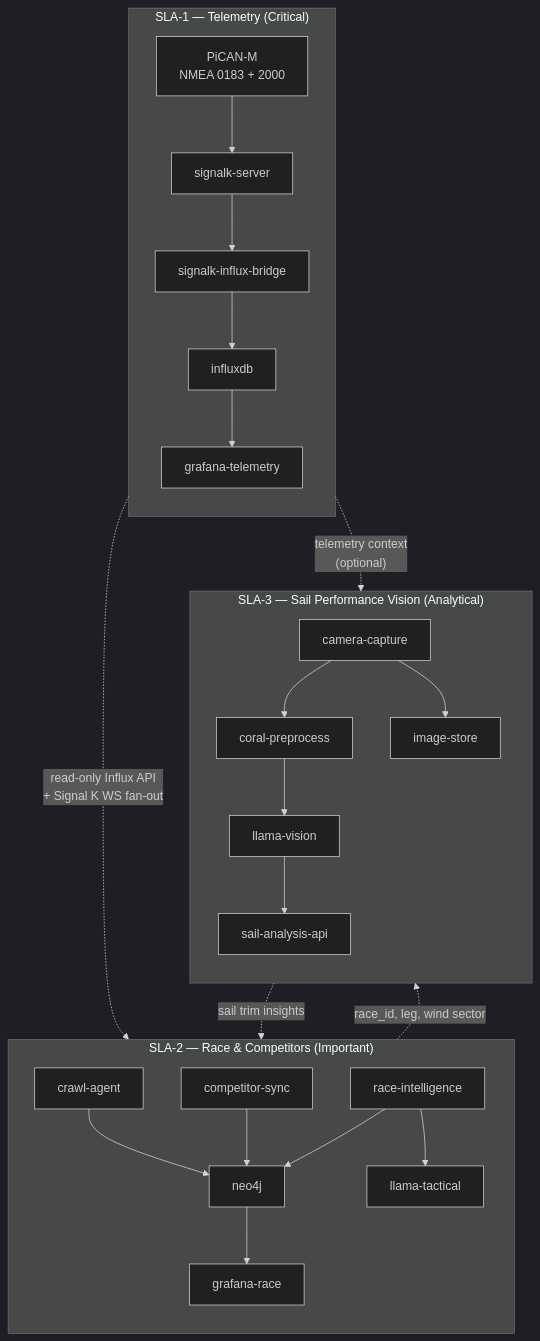
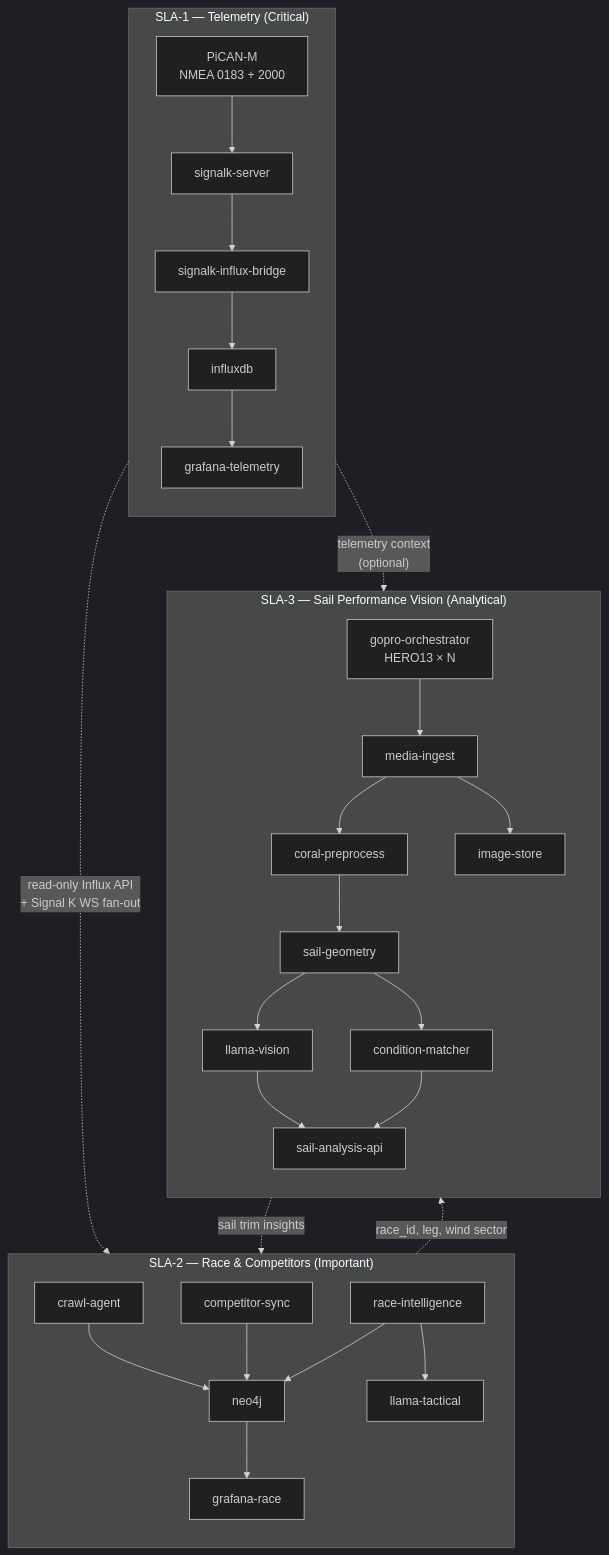
One commit to cognite-fholm/AI-sailing-system changed the first of 12 diagrams in spec.md. Above: the diagram before and after it, drawn with Mermaid (dark theme). The commit also changed other lines of this file and 3 other files, not shown here.

First line of the commit message:
Specify GoPro HERO13 fleet capture and onshore TrimTransformer training.

````diff
--- a/spec.md
+++ b/spec.md
@@ -140,43 +141,47 @@
 ```mermaid
 flowchart TB
     subgraph SLA1["SLA-1 — Telemetry (Critical)"]
         direction TB
         T1_HW["PiCAN-M\nNMEA 0183 + 2000"]
         T1_SK["signalk-server"]
         T1_IFX["influxdb"]
         T1_BR["signalk-influx-bridge"]
         T1_GF["grafana-telemetry"]
         T1_HW --> T1_SK --> T1_BR --> T1_IFX --> T1_GF
     end
 
     subgraph SLA2["SLA-2 — Race & Competitors (Important)"]
         direction TB
         T2_N4J["neo4j"]
         T2_RACE["race-intelligence"]
         T2_COMP["competitor-sync"]
         T2_CRAWL["crawl-agent"]
         T2_LLM["llama-tactical"]
         T2_GF["grafana-race"]
         T2_RACE --> T2_N4J
         T2_COMP --> T2_N4J
         T2_CRAWL --> T2_N4J
         T2_RACE --> T2_LLM
         T2_N4J --> T2_GF
     end
 
     subgraph SLA3["SLA-3 — Sail Performance Vision (Analytical)"]
         direction TB
-        T3_CAM["camera-capture"]
+        T3_GOPRO["gopro-orchestrator\nHERO13 × N"]
+        T3_CAM["media-ingest"]
         T3_CORAL["coral-preprocess"]
         T3_VLLM["llama-vision"]
+        T3_GEO["sail-geometry"]
+        T3_MATCH["condition-matcher"]
         T3_API["sail-analysis-api"]
         T3_STORE["image-store"]
-        T3_CAM --> T3_CORAL --> T3_VLLM --> T3_API
+        T3_GOPRO --> T3_CAM --> T3_CORAL --> T3_GEO --> T3_VLLM --> T3_API
+        T3_GEO --> T3_MATCH --> T3_API
         T3_CAM --> T3_STORE
     end
 
     SLA1 -.->|"read-only Influx API\n+ Signal K WS fan-out"| SLA2
     SLA1 -.->|"telemetry context\n(optional)"| SLA3
     SLA2 -.->|"race_id, leg, wind sector"| SLA3
     SLA3 -.->|"sail trim insights"| SLA2
 ```
````
